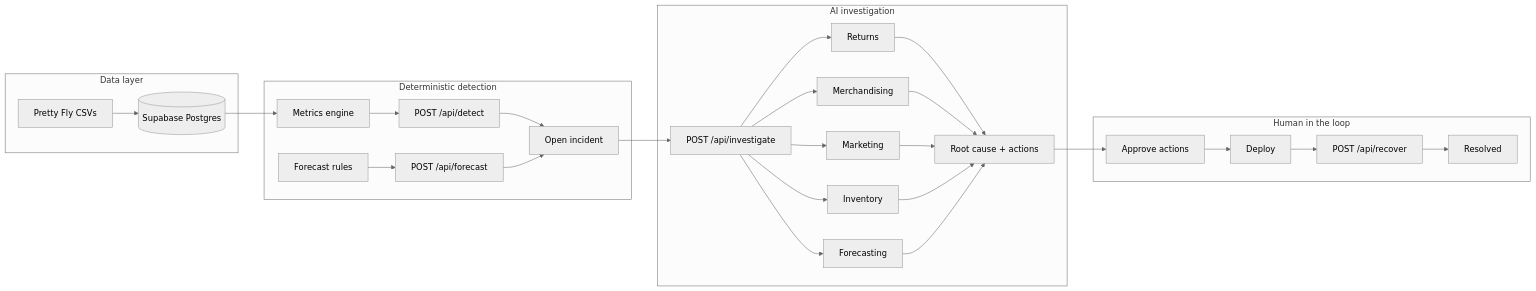
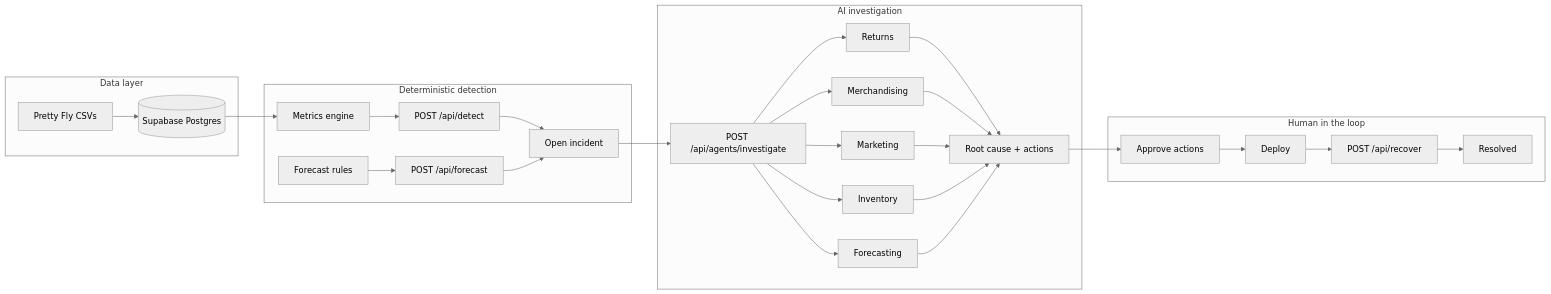
One commit to nodirumurkulov/return-zero changed the diagram in README.md. Above: the diagram before and after it, drawn with Mermaid (neutral theme). The commit also changed other lines of this file and 9 other files, not shown here.

First line of the commit message:
feat(api): move investigate to Clerk-protected /api/agents/investigate (RUN-19)

````diff
--- a/README.md
+++ b/README.md
@@ -47,41 +47,41 @@
 ```mermaid
 flowchart LR
   subgraph data [Data layer]
     PF[Pretty Fly CSVs]
     SB[(Supabase Postgres)]
     PF --> SB
   end
 
   subgraph detect [Deterministic detection]
     M[Metrics engine]
     F[Forecast rules]
     D[POST /api/detect]
     P[POST /api/forecast]
     SB --> M
     M --> D
     F --> P
     D --> INC[Open incident]
     P --> INC
   end
 
   subgraph investigate [AI investigation]
     A1[Returns]
     A2[Merchandising]
     A3[Marketing]
     A4[Inventory]
     A5[Forecasting]
-    INV[POST /api/investigate]
+    INV[POST /api/agents/investigate]
     RC[Root cause + actions]
     INC --> INV
     INV --> A1 & A2 & A3 & A4 & A5
     A1 & A2 & A3 & A4 & A5 --> RC
   end
 
   subgraph operate [Human in the loop]
     AP[Approve actions]
     DEP[Deploy]
     MON[POST /api/recover]
     RES[Resolved]
     RC --> AP --> DEP --> MON --> RES
   end
 ```
````
